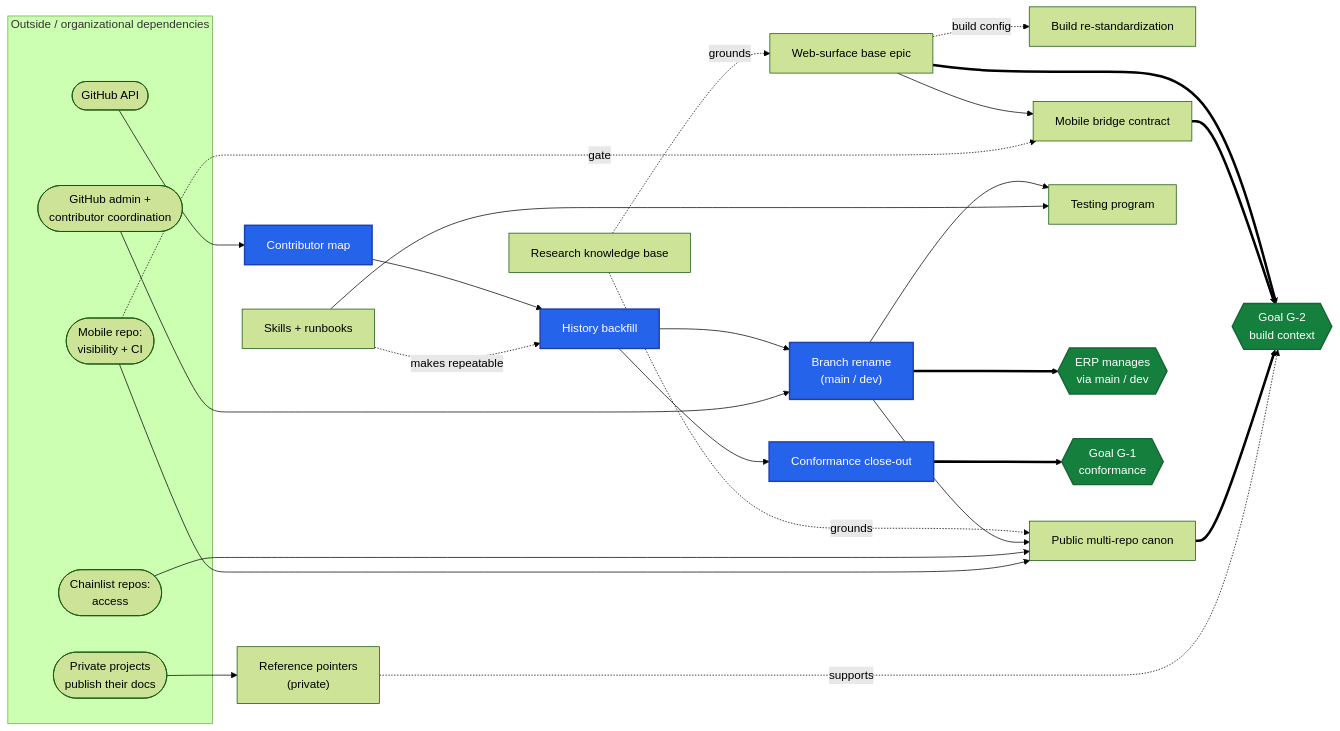
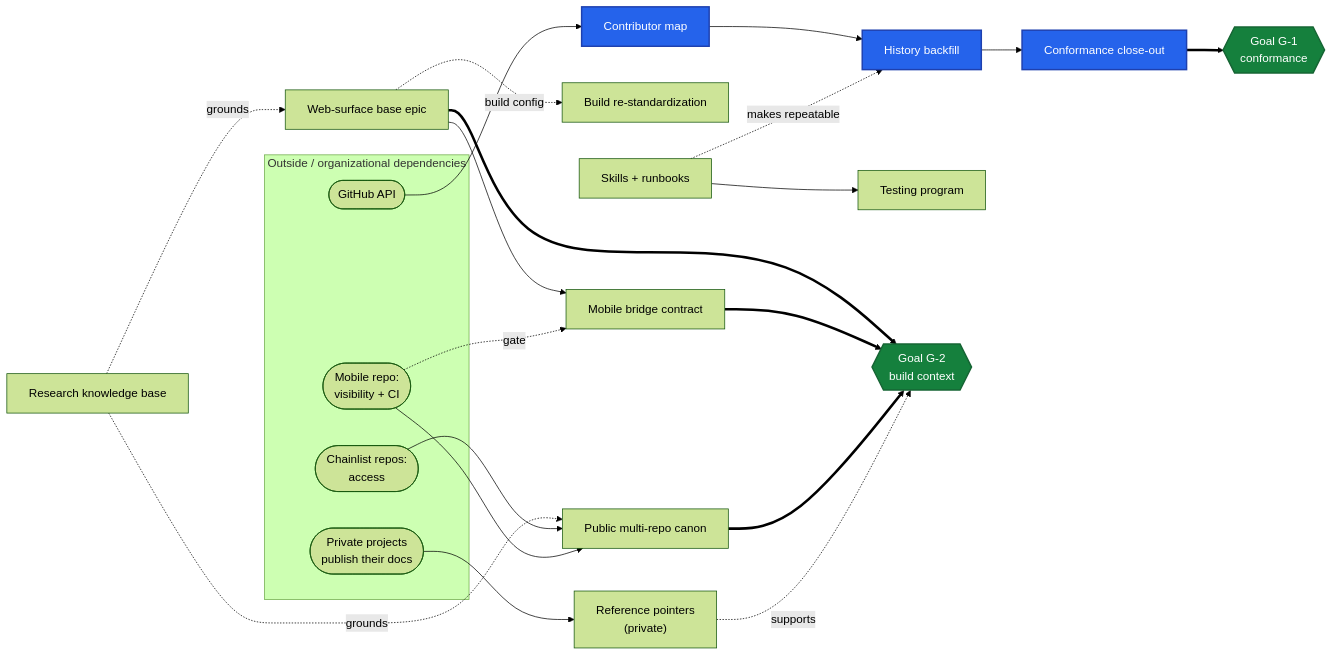
Before and after one commit to Koniverse/SubWallet-Extension: the first of 3 diagrams in docs/notes/2026-07-09.md, drawn with Mermaid (forest theme). The commit also changed other lines of this file, not shown here.

First line of the commit message:
docs: remove branch rename (master→main, subwallet-dev→dev) from roadmap plan

````diff
--- a/docs/notes/2026-07-09.md
+++ b/docs/notes/2026-07-09.md
@@ -99,59 +78,51 @@
 ```mermaid
 flowchart LR
     subgraph EXT[" Outside / organizational dependencies "]
         GH(["GitHub API"])
-        ADMIN(["GitHub admin +<br/>contributor coordination"])
         MOBREPO(["Mobile repo:<br/>visibility + CI"])
         CLREPO(["Chainlist repos:<br/>access"])
         PRIV(["Private projects<br/>publish their docs"])
     end
 
     MAP["Contributor map"]
     BACKFILL["History backfill"]
     CONFORM["Conformance close-out"]
-    RENAME["Branch rename<br/>(main / dev)"]
     REBUILD["Build re-standardization"]
     BASEEPIC["Web-surface base epic"]
     MOBILE["Mobile bridge contract"]
     SKILLS["Skills + runbooks"]
     RESEARCH["Research knowledge base"]
     MULTIREPO["Public multi-repo canon"]
     POINTERS["Reference pointers<br/>(private)"]
     TESTING["Testing program"]
-    ERP{{"ERP manages<br/>via main / dev"}}
     G1{{"Goal G-1<br/>conformance"}}
     G2{{"Goal G-2<br/>build context"}}
 
     GH --> MAP
     MAP --> BACKFILL
-    BACKFILL --> RENAME
     BACKFILL --> CONFORM
     CONFORM ==> G1
-    RENAME ==> ERP
 
     RESEARCH -. grounds .-> BASEEPIC
     RESEARCH -. grounds .-> MULTIREPO
     BASEEPIC --> MOBILE
     BASEEPIC -. build config .-> REBUILD
     MOBREPO -. gate .-> MOBILE
     BASEEPIC ==> G2
     MOBILE ==> G2
     MULTIREPO ==> G2
     POINTERS -. supports .-> G2
 
-    ADMIN --> RENAME
-    RENAME --> MULTIREPO
     CLREPO --> MULTIREPO
     MOBREPO --> MULTIREPO
     PRIV --> POINTERS
 
     SKILLS -. makes repeatable .-> BACKFILL
-    RENAME --> TESTING
     SKILLS --> TESTING
 
     %% ── Highlight: main critical-path steps (blue) + goals/outcomes (green) ──
     classDef main fill:#2563eb,stroke:#1e40af,stroke-width:2px,color:#ffffff
     classDef goal fill:#15803d,stroke:#166534,stroke-width:2px,color:#ffffff
-    class MAP,BACKFILL,RENAME,CONFORM main
-    class G1,G2,ERP goal
+    class MAP,BACKFILL,CONFORM main
+    class G1,G2 goal
 ```
````
